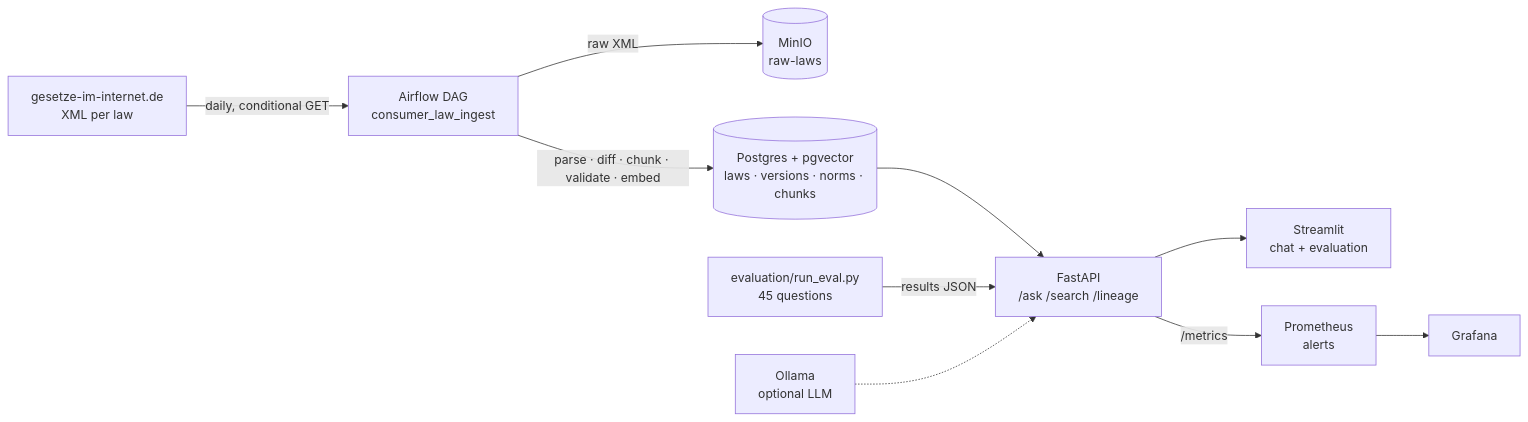
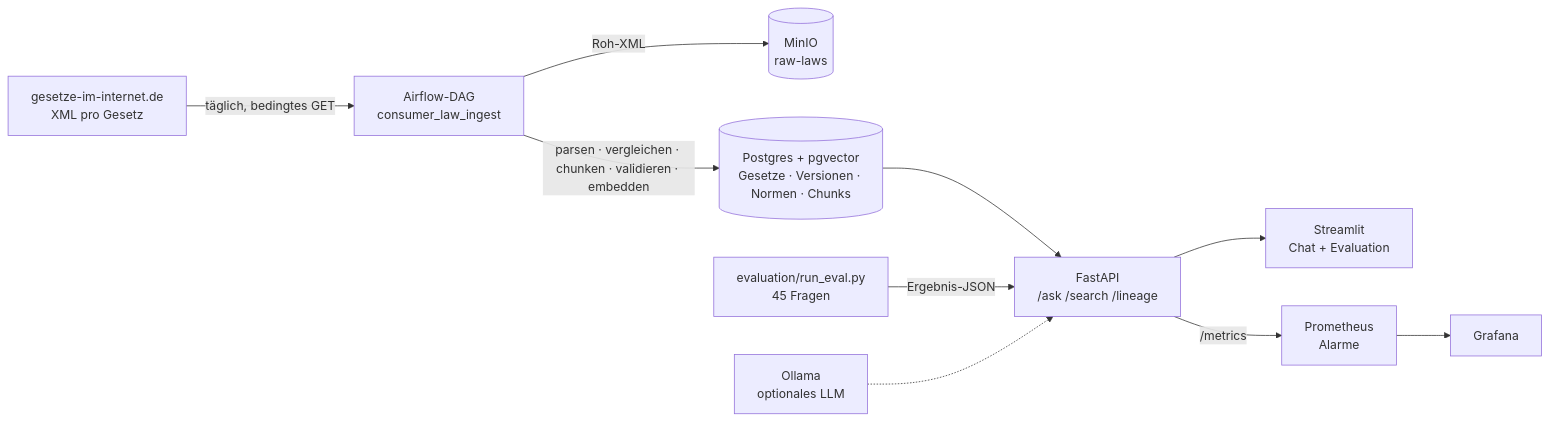
One commit to riodeb21195/proj4-consumer-rights-rag changed the diagram in README.md. Above: the diagram before and after it, drawn with Mermaid. The commit also changed other lines of this file, not shown here.

````diff
--- a/README.md
+++ b/README.md
@@ -14,11 +16,11 @@
 ```mermaid
 flowchart LR
-    GII[gesetze-im-internet.de<br/>XML per law] -->|daily, conditional GET| AF[Airflow DAG<br/>consumer_law_ingest]
-    AF -->|raw XML| MINIO[(MinIO<br/>raw-laws)]
-    AF -->|parse · diff · chunk · validate · embed| PG[(Postgres + pgvector<br/>laws · versions · norms · chunks)]
+    GII[gesetze-im-internet.de<br/>XML pro Gesetz] -->|täglich, bedingtes GET| AF[Airflow-DAG<br/>consumer_law_ingest]
+    AF -->|Roh-XML| MINIO[(MinIO<br/>raw-laws)]
+    AF -->|parsen · vergleichen · chunken · validieren · embedden| PG[(Postgres + pgvector<br/>Gesetze · Versionen · Normen · Chunks)]
     PG --> API[FastAPI<br/>/ask /search /lineage]
-    API --> UI[Streamlit<br/>chat + evaluation]
-    API -->|/metrics| PROM[Prometheus<br/>alerts] --> GRAF[Grafana]
-    EVAL[evaluation/run_eval.py<br/>45 questions] -->|results JSON| API
-    OLLAMA[Ollama<br/>optional LLM] -.-> API
+    API --> UI[Streamlit<br/>Chat + Evaluation]
+    API -->|/metrics| PROM[Prometheus<br/>Alarme] --> GRAF[Grafana]
+    EVAL[evaluation/run_eval.py<br/>45 Fragen] -->|Ergebnis-JSON| API
+    OLLAMA[Ollama<br/>optionales LLM] -.-> API
 ```
````
